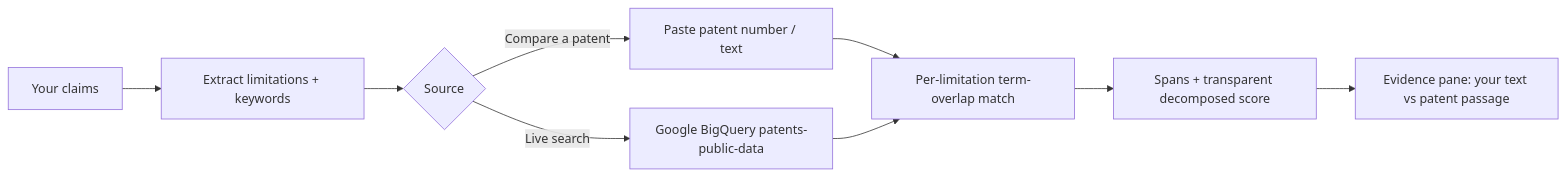
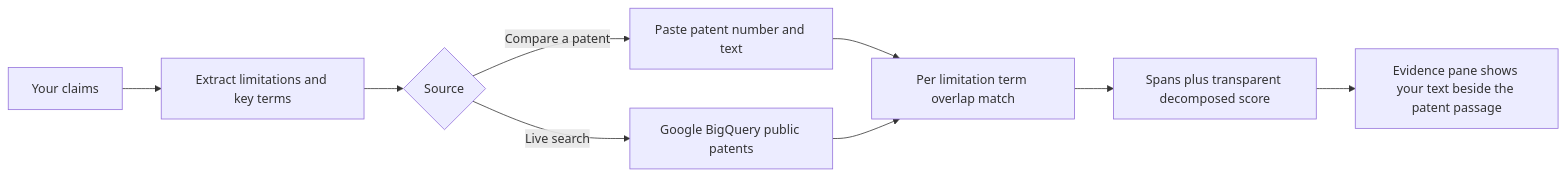
The first of 4 diagrams in README.md (aaravmin/Pincite), drawn with Mermaid before and after one commit. The commit also changed other lines of this file and 29 other files, not shown here.

````diff
--- a/README.md
+++ b/README.md
@@ -36,11 +41,11 @@
 ```mermaid
 flowchart LR
-  A[Your claims] --> B[Extract limitations + keywords]
+  A[Your claims] --> B[Extract limitations and key terms]
   B --> C{Source}
-  C -->|Compare a patent| D[Paste patent number / text]
-  C -->|Live search| E[Google BigQuery patents-public-data]
-  D --> F[Per-limitation term-overlap match]
+  C -->|Compare a patent| D[Paste patent number and text]
+  C -->|Live search| E[Google BigQuery public patents]
+  D --> F[Per limitation term overlap match]
   E --> F
-  F --> G[Spans + transparent decomposed score]
-  G --> H[Evidence pane: your text vs patent passage]
+  F --> G[Spans plus transparent decomposed score]
+  G --> H[Evidence pane shows your text beside the patent passage]
 ```
````
